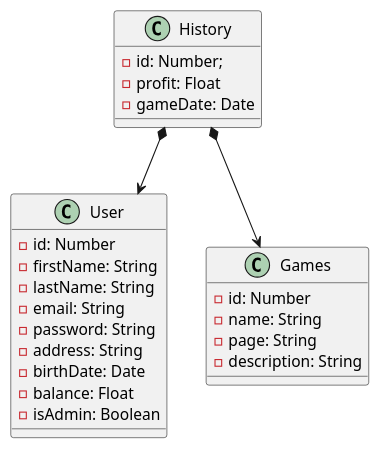
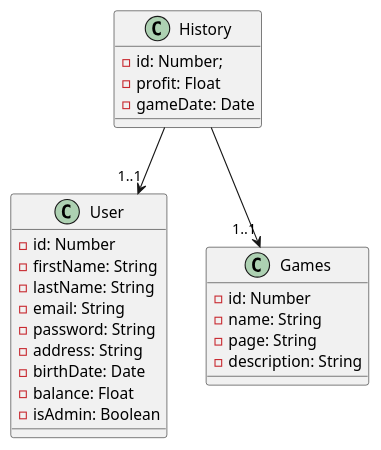
The third of 3 diagrams in README.md (jojo-jrd/Ensimag-CasiDio), drawn with PlantUML before and after one commit.

Commit message:
[FIX]readme: update bdd diagram

````diff
--- a/README.md
+++ b/README.md
@@ -168,30 +168,30 @@
 ```plantuml
 class User{
   -id: Number
   -firstName: String
   -lastName: String
   -email: String
   -password: String
   -address: String
   -birthDate: Date
   -balance: Float
   -isAdmin: Boolean
 }
 
 class Games{
   -id: Number
   -name: String
   -page: String
   -description: String
 }
 
 class History{
  -id: Number;
  -profit: Float
  -gameDate: Date
 }
 
 
-History *--> User
-History *--> Games
+History --> "1..1" User
+History --> "1..1" Games
 ```
````
